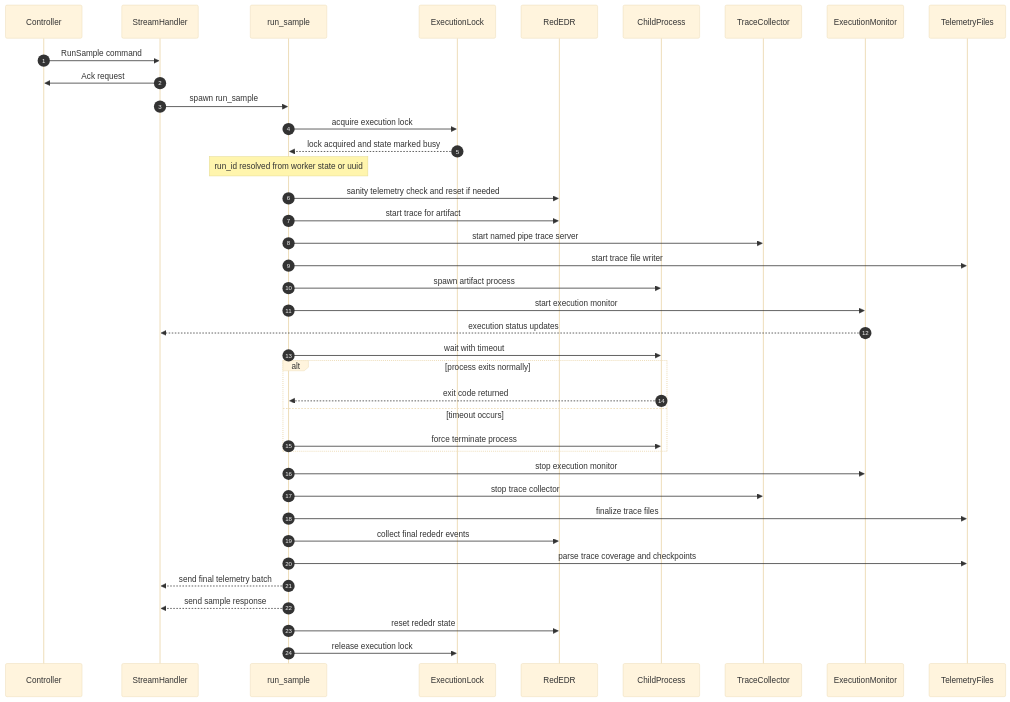
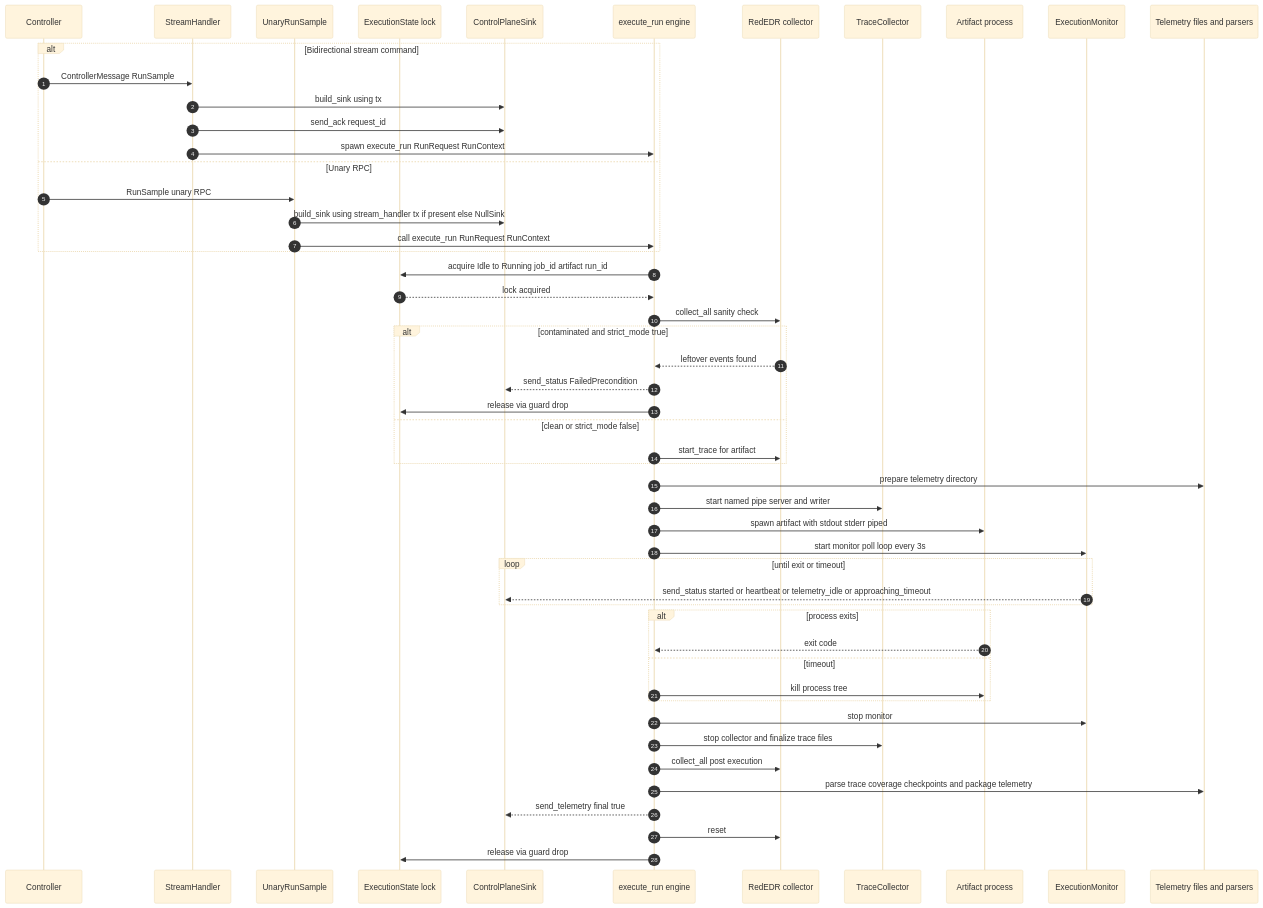
The fourth of 7 diagrams in worker/agent/architecture.md (2Tricky4u/Automated-Analysis-and-Mutation-of-Software-Artifacts-against-AV-EDR), drawn with Mermaid (base theme) before and after one commit. The commit also changed other lines of this file and 4 other files, not shown here.

````diff
--- a/worker/agent/architecture.md
+++ b/worker/agent/architecture.md
@@ -129,53 +229,62 @@
 ```mermaid
 sequenceDiagram
-    autonumber
-    participant C as Controller
-    participant SH as StreamHandler
-    participant RS as run_sample
-    participant L as ExecutionLock
-    participant RE as RedEDR
-    participant P as ChildProcess
-    participant T as TraceCollector
-    participant M as ExecutionMonitor
-    participant FS as TelemetryFiles
+  autonumber
+  participant C as Controller
+  participant SH as StreamHandler
+  participant U as UnaryRunSample
+  participant L as ExecutionState lock
+  participant S as ControlPlaneSink
+  participant E as execute_run engine
+  participant RE as RedEDR collector
+  participant T as TraceCollector
+  participant P as Artifact process
+  participant M as ExecutionMonitor
+  participant FS as Telemetry files and parsers
 
-    C->>SH: RunSample command
-    SH->>C: Ack request
+  alt Bidirectional stream command
+    C->>SH: ControllerMessage RunSample
+    SH->>S: build_sink using tx
+    SH->>S: send_ack request_id
+    SH->>E: spawn execute_run RunRequest RunContext
+  else Unary RPC
+    C->>U: RunSample unary RPC
+    U->>S: build_sink using stream_handler tx if present else NullSink
+    U->>E: call execute_run RunRequest RunContext
+  end
 
-    SH->>RS: spawn run_sample
+  E->>L: acquire Idle to Running job_id artifact run_id
+  L-->>E: lock acquired
 
-    RS->>L: acquire execution lock
-    L-->>RS: lock acquired and state marked busy
-    Note over RS: run_id resolved from worker state or uuid
+  E->>RE: collect_all sanity check
+  alt contaminated and strict_mode true
+    RE-->>E: leftover events found
+    E-->>S: send_status FailedPrecondition
+    E->>L: release via guard drop
+  else clean or strict_mode false
+    E->>RE: start_trace for artifact
+  end
 
-    RS->>RE: sanity telemetry check and reset if needed
-    RS->>RE: start trace for artifact
+  E->>FS: prepare telemetry directory
+  E->>T: start named pipe server and writer
+  E->>P: spawn artifact with stdout stderr piped
+  E->>M: start monitor poll loop every 3s
 
-    RS->>T: start named pipe trace server
-    RS->>FS: start trace file writer
-    RS->>P: spawn artifact process
+  loop until exit or timeout
+    M-->>S: send_status started or heartbeat or telemetry_idle or approaching_timeout
+  end
 
-    RS->>M: start execution monitor
-    M-->>SH: execution status updates
+  alt process exits
+    P-->>E: exit code
+  else timeout
+    E->>P: kill process tree
+  end
 
-    RS->>P: wait with timeout
-    alt process exits normally
-        P-->>RS: exit code returned
-    else timeout occurs
-        RS->>P: force terminate process
-    end
-
-    RS->>M: stop execution monitor
-    RS->>T: stop trace collector
-    RS->>FS: finalize trace files
-
-    RS->>RE: collect final rededr events
-    RS->>FS: parse trace coverage and checkpoints
-
-    RS-->>SH: send final telemetry batch
-    RS-->>SH: send sample response
-
-    RS->>RE: reset rededr state
-    RS->>L: release execution lock
+  E->>M: stop monitor
+  E->>T: stop collector and finalize trace files
+  E->>RE: collect_all post execution
+  E->>FS: parse trace coverage checkpoints and package telemetry
+  E-->>S: send_telemetry final true
+  E->>RE: reset
+  E->>L: release via guard drop
 
 ```
````
